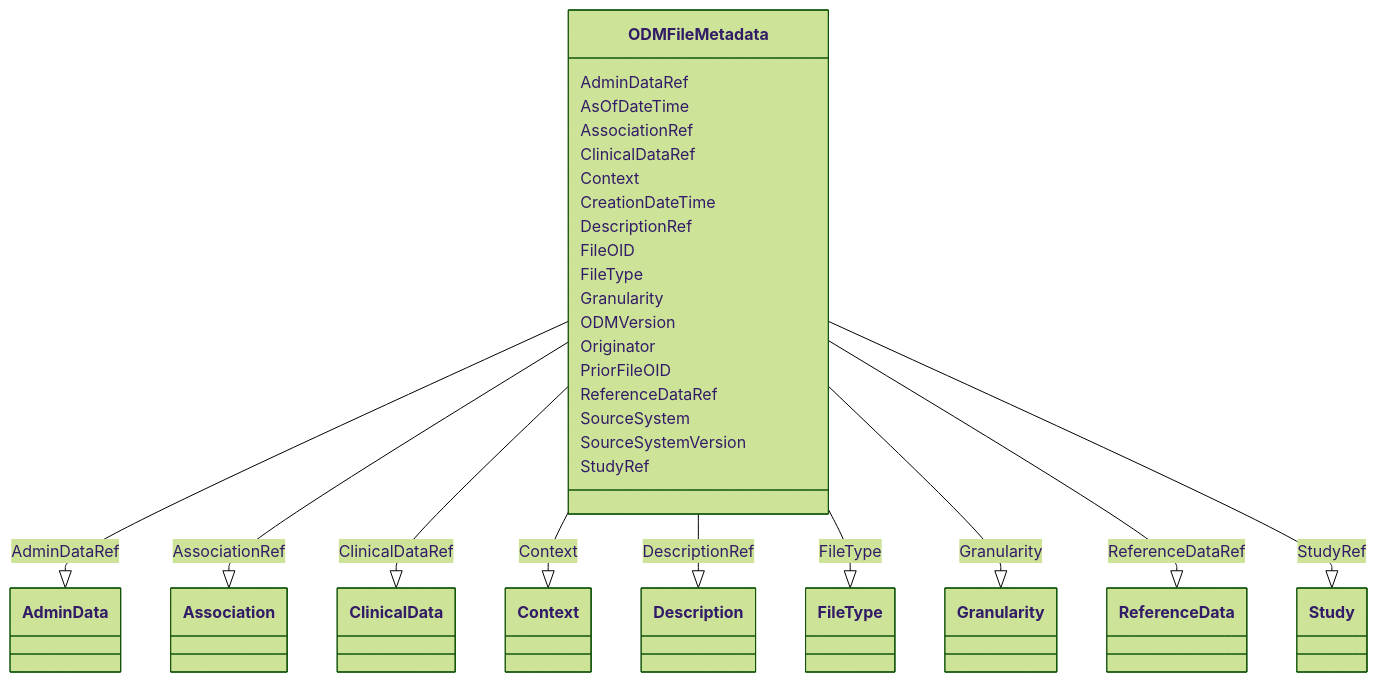
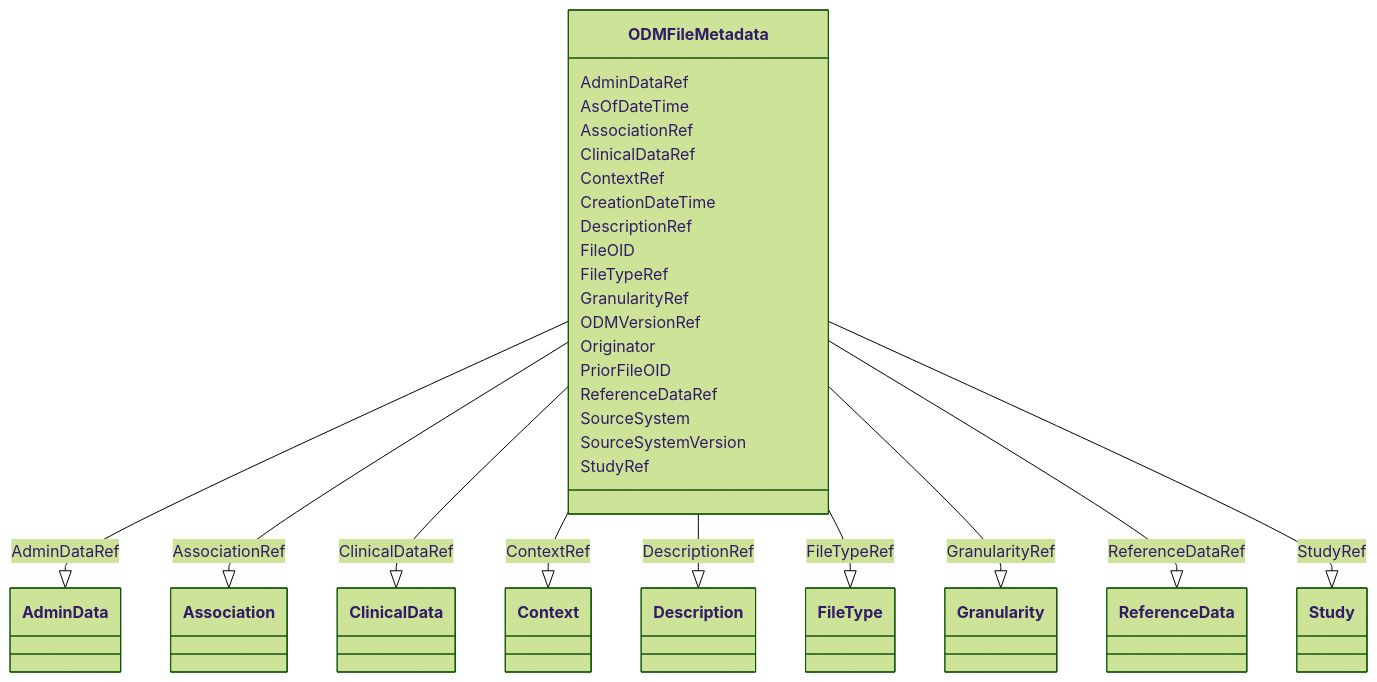
The diagram in docs/ODMFileMetadata.md (cdisc-org/DataExchange-ODM-LinkML), drawn with Mermaid (forest theme) before and after one commit. The commit also changed other lines of this file and 398 other files, not shown here.

Commit message:
refreshing for latest updates to schema

````diff
--- a/docs/ODMFileMetadata.md
+++ b/docs/ODMFileMetadata.md
@@ -9,57 +9,57 @@
 ```mermaid
  classDiagram
     class ODMFileMetadata
       ODMFileMetadata : AdminDataRef
         
           ODMFileMetadata --|> AdminData : AdminDataRef
         
       ODMFileMetadata : AsOfDateTime
         
       ODMFileMetadata : AssociationRef
         
           ODMFileMetadata --|> Association : AssociationRef
         
       ODMFileMetadata : ClinicalDataRef
         
           ODMFileMetadata --|> ClinicalData : ClinicalDataRef
         
-      ODMFileMetadata : Context
+      ODMFileMetadata : ContextRef
         
-          ODMFileMetadata --|> Context : Context
+          ODMFileMetadata --|> Context : ContextRef
         
       ODMFileMetadata : CreationDateTime
         
       ODMFileMetadata : DescriptionRef
         
           ODMFileMetadata --|> Description : DescriptionRef
         
       ODMFileMetadata : FileOID
         
-      ODMFileMetadata : FileType
+      ODMFileMetadata : FileTypeRef
         
-          ODMFileMetadata --|> FileType : FileType
+          ODMFileMetadata --|> FileType : FileTypeRef
         
-      ODMFileMetadata : Granularity
+      ODMFileMetadata : GranularityRef
         
-          ODMFileMetadata --|> Granularity : Granularity
+          ODMFileMetadata --|> Granularity : GranularityRef
         
-      ODMFileMetadata : ODMVersion
+      ODMFileMetadata : ODMVersionRef
         
       ODMFileMetadata : Originator
         
       ODMFileMetadata : PriorFileOID
         
       ODMFileMetadata : ReferenceDataRef
         
           ODMFileMetadata --|> ReferenceData : ReferenceDataRef
         
       ODMFileMetadata : SourceSystem
         
       ODMFileMetadata : SourceSystemVersion
         
       ODMFileMetadata : StudyRef
         
           ODMFileMetadata --|> Study : StudyRef
         
       
 ```
````
